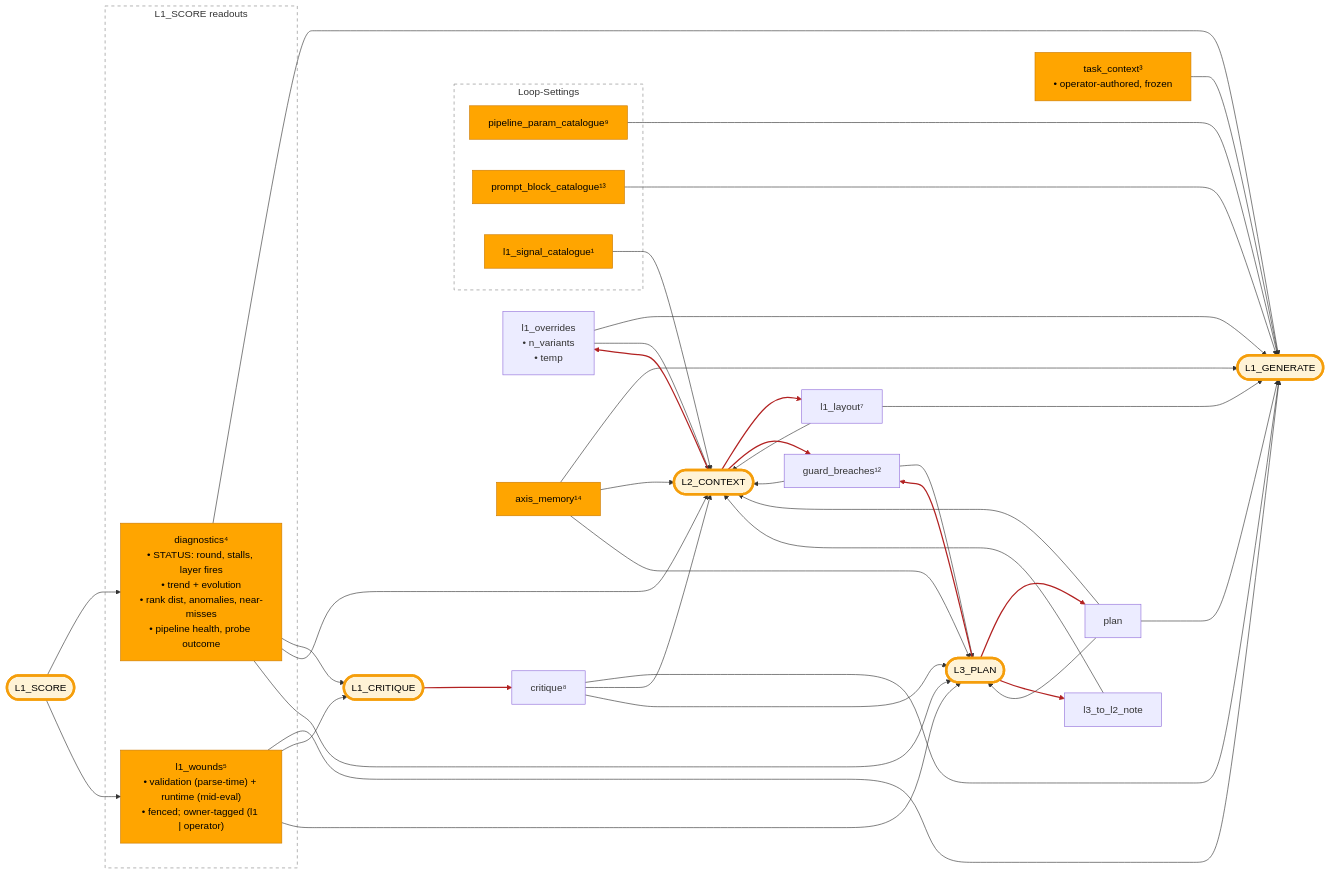
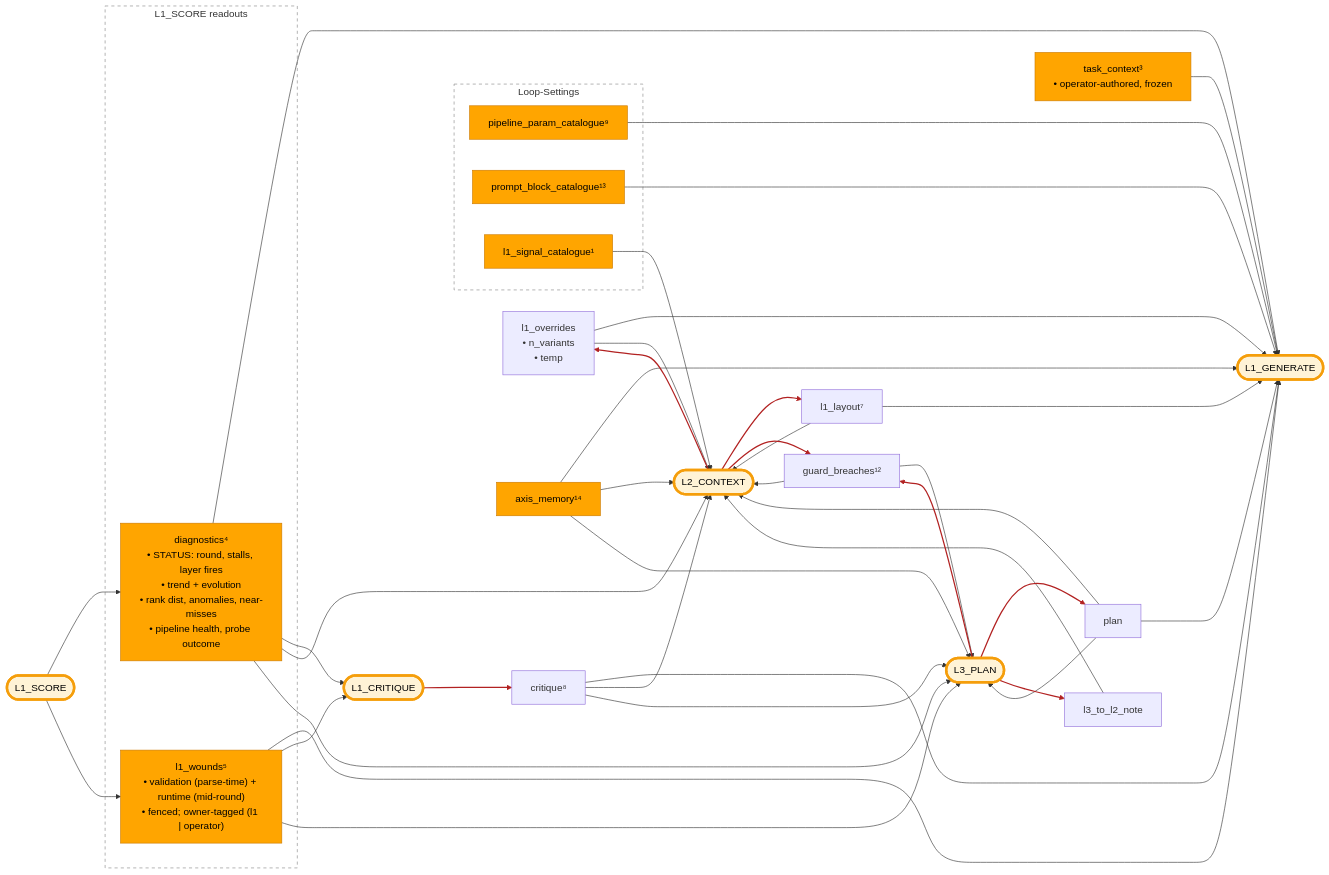
The diagram in docs/developer/dispatch-hub.md (PromptPotter/prompt-potter-optimizer), drawn with Mermaid before and after one commit. The commit also changed other lines of this file and 50 other files, not shown here.

```diff
--- a/docs/developer/dispatch-hub.md
+++ b/docs/developer/dispatch-hub.md
@@ -24,10 +24,10 @@
   CPAR["l1_overrides<br/>• n_variants<br/>• temp"]
 
   %% L1_SCORE readouts — diagnostics is per-round on Bundle.digest; l1_wounds
-  %% (validation parse-time + runtime mid-eval) accumulates on OptSearchPoint cross-round.
+  %% (validation parse-time + runtime mid-round) accumulates on PotterState.memory.wounds cross-round.
   subgraph SR["L1_SCORE readouts"]
     DIAG["diagnostics⁴<br/>• STATUS: round, stalls, layer fires<br/>• trend + evolution<br/>• rank dist, anomalies, near-misses<br/>• pipeline health, probe outcome"]:::det
-    L1W["l1_wounds⁵<br/>• validation (parse-time) + runtime (mid-eval)<br/>• fenced; owner-tagged (l1 | operator)"]:::det
+    L1W["l1_wounds⁵<br/>• validation (parse-time) + runtime (mid-round)<br/>• fenced; owner-tagged (l1 | operator)"]:::det
   end
   style SR fill:none,stroke:#888,stroke-dasharray: 5 5
 
```
